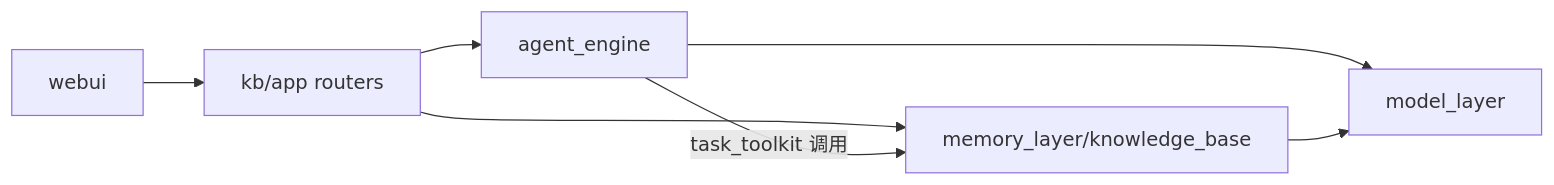
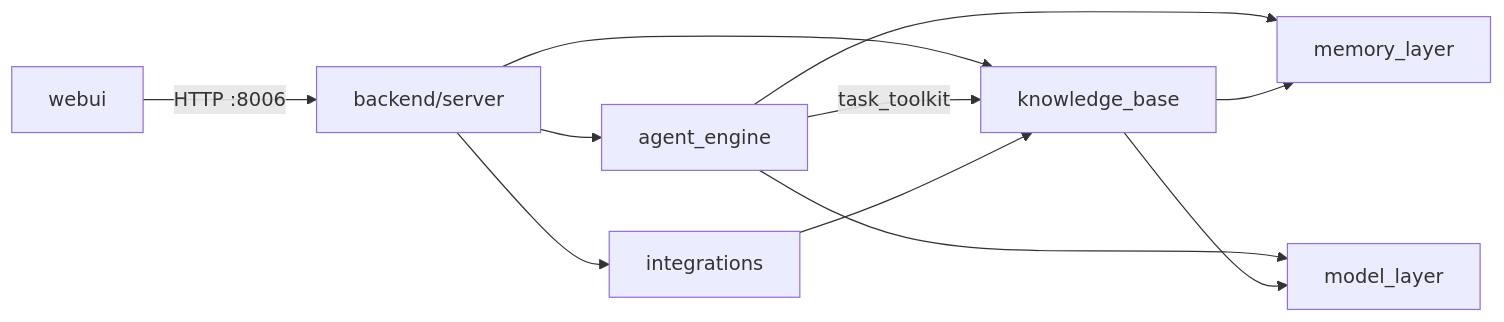
The diagram in 项目文档/0-程序目录结构.md (vaelephant/666-HiveMindOS), drawn with Mermaid before and after one commit. The commit also changed other lines of this file and 371 other files, not shown here.

````diff
--- a/项目文档/0-程序目录结构.md
+++ b/项目文档/0-程序目录结构.md
@@ -23,9 +30,13 @@
 ```mermaid
 flowchart LR
-  UI[webui] --> API[kb/app routers]
+  UI[webui] -->|HTTP :8006| API[backend/server]
   API --> AE[agent_engine]
-  API --> KB[memory_layer/knowledge_base]
-  AE -->|task_toolkit 调用| KB
+  API --> KB[knowledge_base]
+  API --> INT[integrations]
+  AE -->|task_toolkit| KB
+  AE --> MEM[memory_layer]
+  KB --> MEM
   AE --> ML[model_layer]
   KB --> ML
+  INT --> KB
 ```
````
